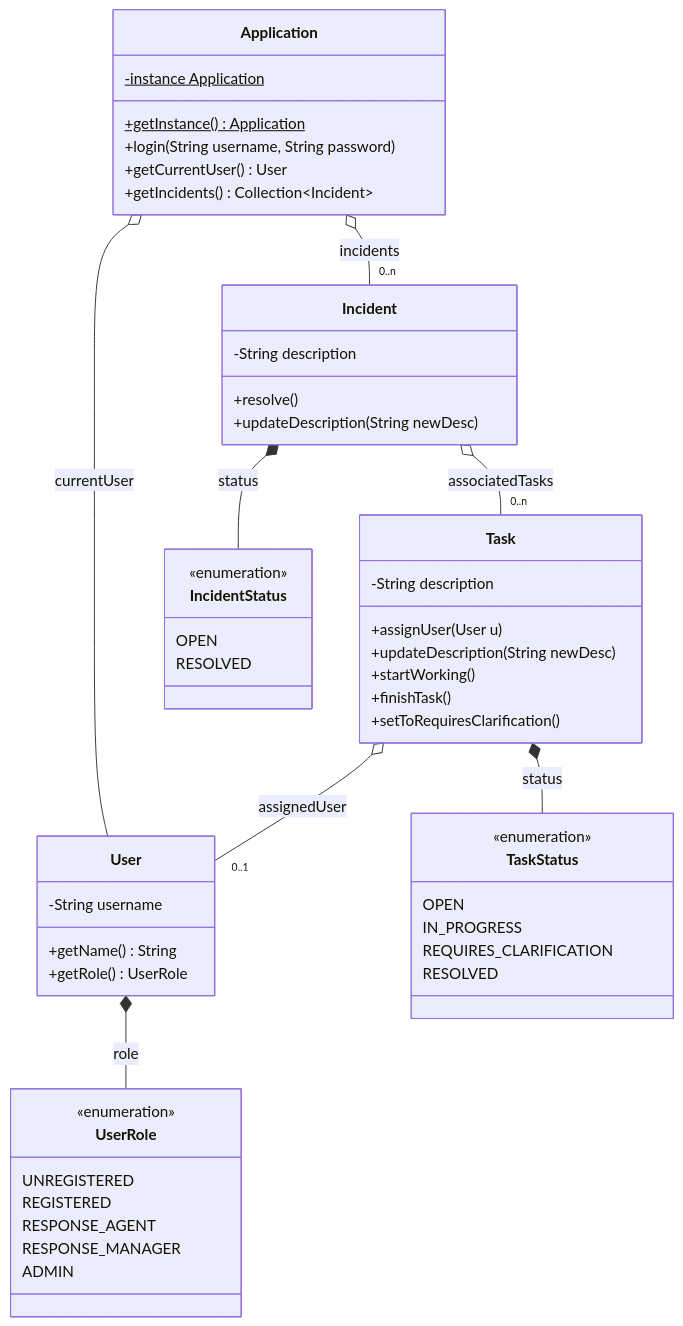
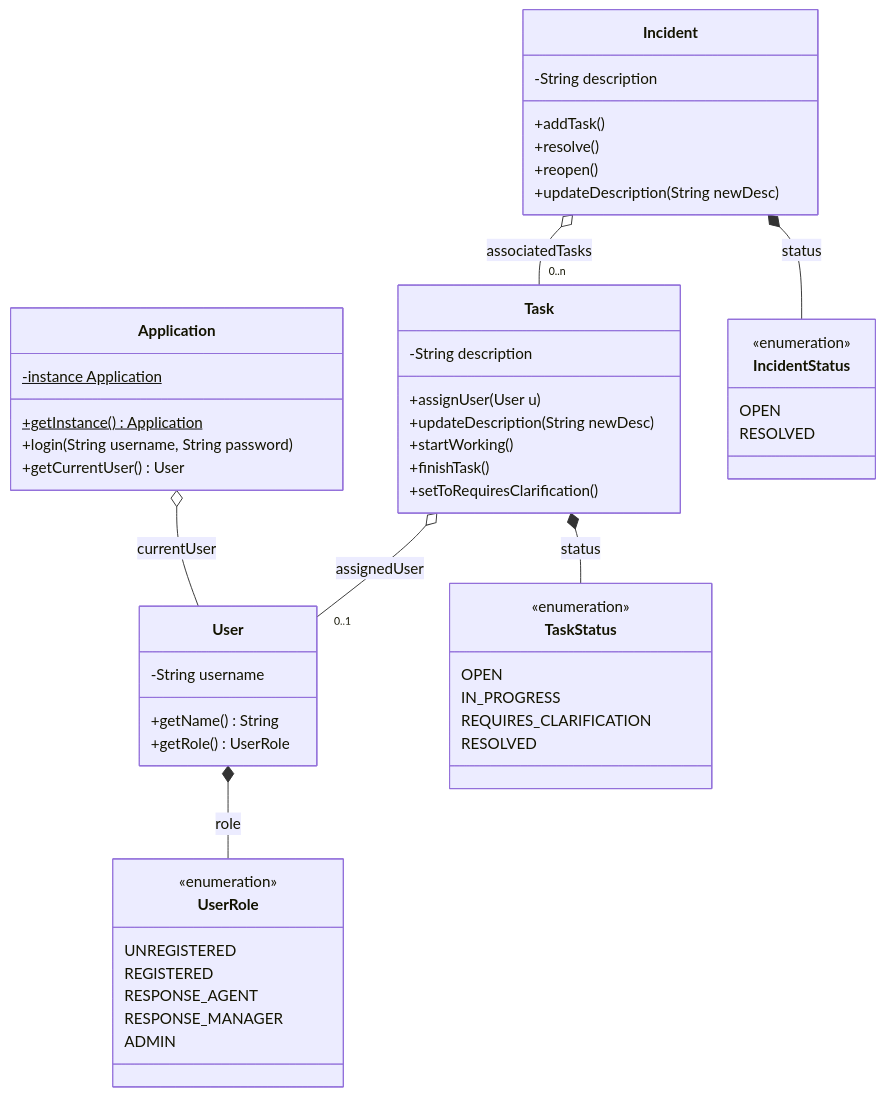
Before and after one commit to bgoeschlberger/IncidentTasks: the diagram in classDiagram.md, drawn with Mermaid. The commit also changed 14 other files, not shown here.

````diff
--- a/classDiagram.md
+++ b/classDiagram.md
@@ -1,59 +1,59 @@
 ```mermaid
 classDiagram
     class Application{
         +getInstance() Application$
         -instance Application$
         +login(String username, String password)
         +getCurrentUser() User
-        +getIncidents() Collection~Incident~
     }
     class User{
         +getName() String
         +getRole() UserRole
         -String username
     }
     class UserRole{
         <<enumeration>>
         UNREGISTERED
         REGISTERED
         RESPONSE_AGENT
         RESPONSE_MANAGER
         ADMIN
     }
 
     Application o-- User : currentUser
     User *-- UserRole : role
 
     class Incident {
-        -String description     
+        -String description
+        +addTask()    
         +resolve()
+        +reopen()
         +updateDescription(String newDesc)
     }
     class Task{
         -String description
         +assignUser(User u)
         +updateDescription(String newDesc)
         +startWorking()
         +finishTask()
         +setToRequiresClarification()
     }
 
     class IncidentStatus {
         <<enumeration>>
         OPEN
         RESOLVED
     }
     class TaskStatus {
         <<enumeration>>
         OPEN
         IN_PROGRESS
         REQUIRES_CLARIFICATION
         RESOLVED
     }
 
     Incident o-- "0..n" Task : associatedTasks
     Incident *-- IncidentStatus : status
     Task *-- TaskStatus : status
     Task  o-- "0..1" User : assignedUser
-    Application  o-- "0..n" Incident : incidents
 ```
````
